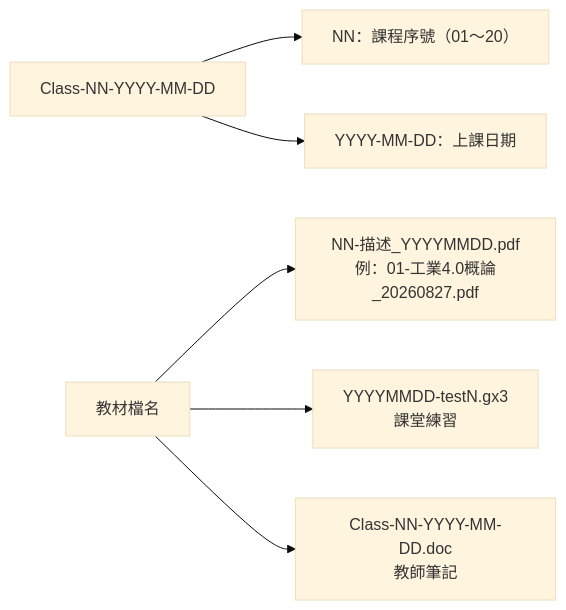
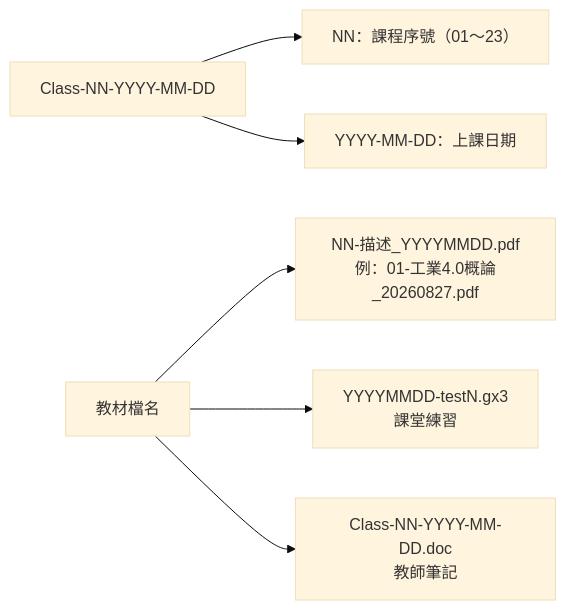
Before and after one commit to yd7148/INDUSTRY-4.0: the third of 3 diagrams in docs/COURSE-MAP.md, drawn with Mermaid (base theme). The commit also changed other lines of this file and 107 other files, not shown here.

Commit message:
Add Class-23-2026-11-05 course materials, class folder READMEs, course timeline SVG, playlist index

````diff
--- a/docs/COURSE-MAP.md
+++ b/docs/COURSE-MAP.md
@@ -115,8 +121,8 @@
 ```mermaid
 flowchart LR
-    A["Class-NN-YYYY-MM-DD"] --> B["NN：課程序號（01～20）"]
+    A["Class-NN-YYYY-MM-DD"] --> B["NN：課程序號（01～23）"]
     A --> C["YYYY-MM-DD：上課日期"]
     D["教材檔名"] --> E["NN-描述_YYYYMMDD.pdf<br/>例：01-工業4.0概論_20260827.pdf"]
     D --> F["YYYYMMDD-testN.gx3<br/>課堂練習"]
     D --> G["Class-NN-YYYY-MM-DD.doc<br/>教師筆記"]
 ```
````
